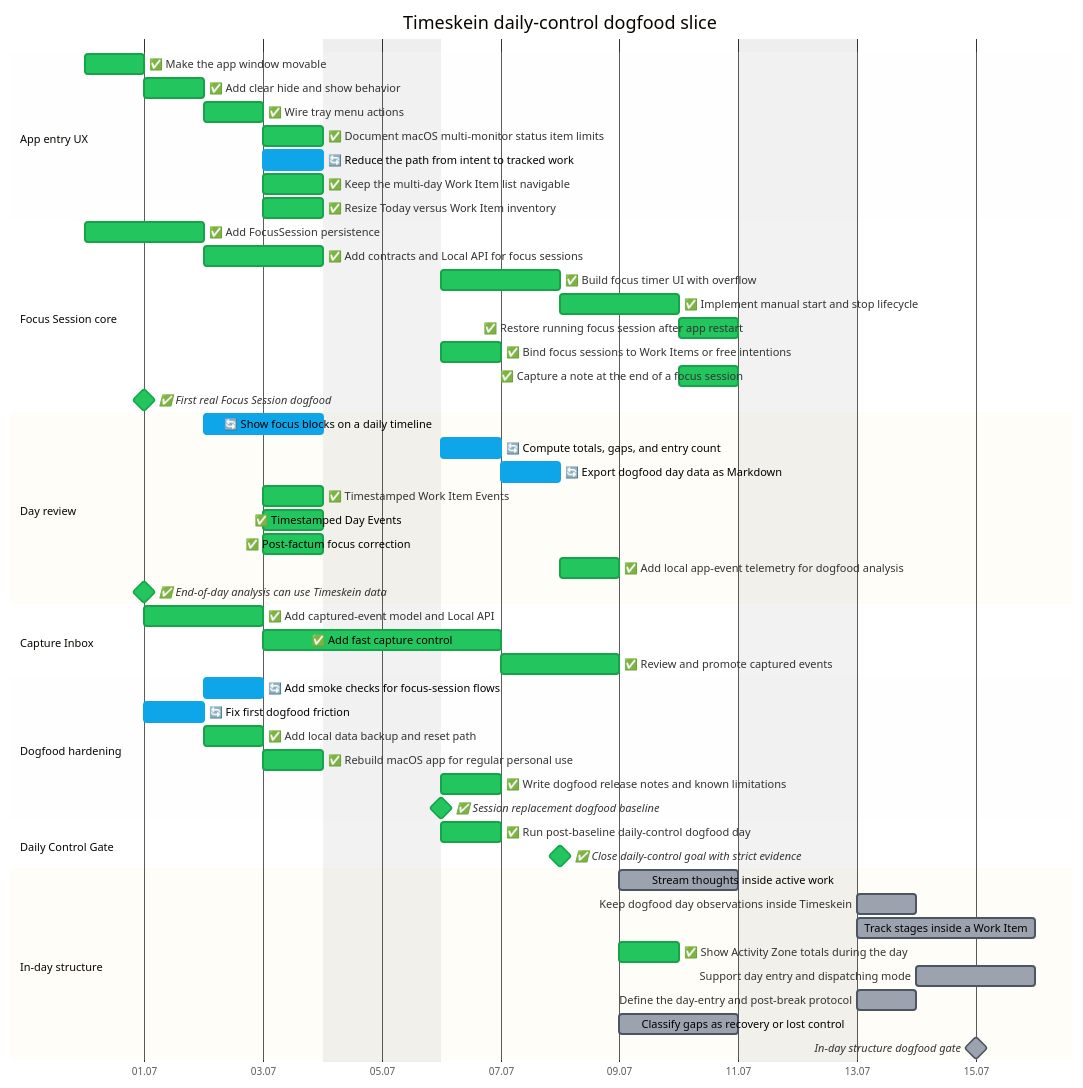
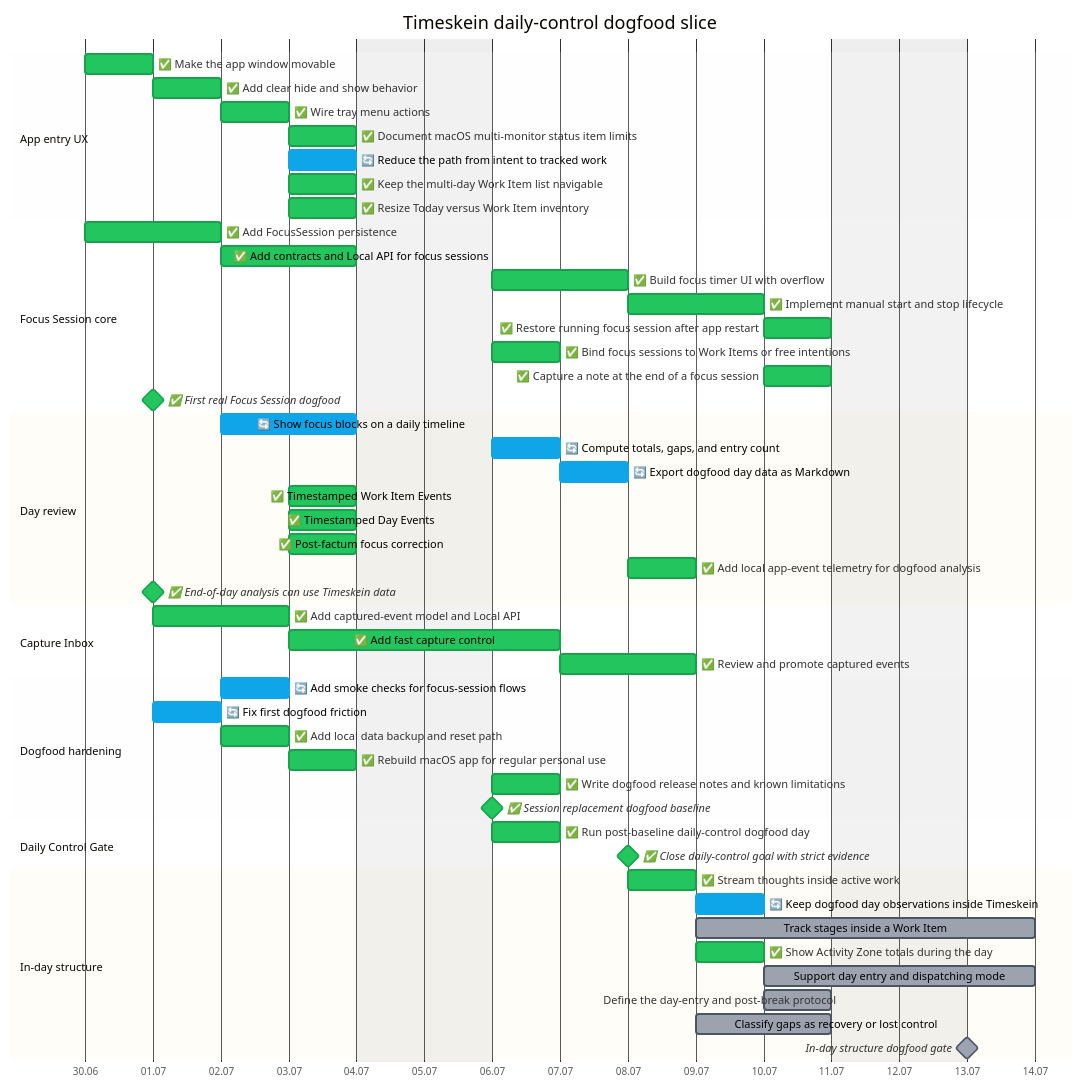
The second of 2 diagrams in docs/roadmap/opskarta.md (asukhodko/timeskein), drawn with Mermaid before and after one commit. The commit also changed other lines of this file and 12 other files, not shown here.

Commit message:
Add active focus journal

````diff
--- a/docs/roadmap/opskarta.md
+++ b/docs/roadmap/opskarta.md
@@ -112,59 +112,59 @@
 ```mermaid
 %%{init: {"theme": "base", "themeVariables": {"taskBkgColor": "#9ca3af", "taskBorderColor": "#4b5563", "taskTextColor": "#000000", "taskTextDarkColor": "#000000", "taskTextLightColor": "#000000", "activeTaskBkgColor": "#0ea5e9", "activeTaskBorderColor": "#0ea5e9", "doneTaskBkgColor": "#22c55e", "doneTaskBorderColor": "#16a34a", "critBkgColor": "#fecaca", "critBorderColor": "#fecaca", "todayLineColor": "#ef4444"}} }%%
 
 gantt
     title Timeskein daily-control dogfood slice
     dateFormat YYYY-MM-DD
     axisFormat %d.%m
     excludes weekends
 
     section App entry UX
     ✅ Make the app window movable  :done, ts_ux_entry_window_drag,    2026-06-30, 1d
     ✅ Add clear hide and show behavior  :done, ts_ux_entry_hide_toggle,    2026-07-01, 1d
     ✅ Wire tray menu actions  :done, ts_ux_entry_tray_actions,    2026-07-02, 1d
     ✅ Document macOS multi-monitor status item limits  :done, ts_ux_entry_monitor_policy,    2026-07-03, 1d
     🔄 Reduce the path from intent to tracked work  :active, ts_ux_entry_fast_track_flow,    2026-07-03, 1d
     ✅ Keep the multi-day Work Item list navigable  :done, ts_ux_entry_inventory_modes,    2026-07-03, 1d
     ✅ Resize Today versus Work Item inventory  :done, ts_ux_entry_resizable_today_split,    2026-07-03, 1d
     section Focus Session core
     ✅ Add FocusSession persistence  :done, ts_focus_core_model_migrations,    2026-06-30, 2d
     ✅ Add contracts and Local API for focus sessions  :done, ts_focus_core_contracts_api,    2026-07-02, 2d
     ✅ Build focus timer UI with overflow  :done, ts_focus_core_timer_ui,    2026-07-06, 2d
     ✅ Implement manual start and stop lifecycle  :done, ts_focus_core_session_lifecycle,    2026-07-08, 2d
     ✅ Restore running focus session after app restart  :done, ts_focus_core_restart_restore,    2026-07-10, 1d
     ✅ Bind focus sessions to Work Items or free intentions  :done, ts_focus_core_work_item_binding,    2026-07-06, 1d
     ✅ Capture a note at the end of a focus session  :done, ts_focus_core_session_notes,    2026-07-10, 1d
     ✅ First real Focus Session dogfood  :milestone, done, ts_focus_core_dogfood_gate,    2026-07-01, 0d
     section Day review
     🔄 Show focus blocks on a daily timeline  :active, ts_day_review_timeline,    2026-07-02, 2d
     🔄 Compute totals, gaps, and entry count  :active, ts_day_review_totals_gaps,    2026-07-06, 1d
     🔄 Export dogfood day data as Markdown  :active, ts_day_review_export,    2026-07-07, 1d
     ✅ Timestamped Work Item Events  :done, ts_day_review_work_item_events,    2026-07-03, 1d
     ✅ Timestamped Day Events  :done, ts_day_review_day_events,    2026-07-03, 1d
     ✅ Post-factum focus correction  :done, ts_day_review_corrections,    2026-07-03, 1d
     ✅ Add local app-event telemetry for dogfood analysis  :done, ts_day_review_app_telemetry,    2026-07-08, 1d
     ✅ End-of-day analysis can use Timeskein data  :milestone, done, ts_day_review_analysis_gate,    2026-07-01, 0d
     section Capture Inbox
     ✅ Add captured-event model and Local API  :done, ts_capture_model_api,    2026-07-01, 2d
     ✅ Add fast capture control  :done, ts_capture_quick_ui,    2026-07-03, 2d
     ✅ Review and promote captured events  :done, ts_capture_review_flow,    2026-07-07, 2d
     section Dogfood hardening
     🔄 Add smoke checks for focus-session flows  :active, ts_hardening_smoke,    2026-07-02, 1d
     🔄 Fix first dogfood friction  :active, ts_hardening_post_dogfood_friction,    2026-07-01, 1d
     ✅ Add local data backup and reset path  :done, ts_hardening_backup_reset,    2026-07-02, 1d
     ✅ Rebuild macOS app for regular personal use  :done, ts_hardening_package_app,    2026-07-03, 1d
     ✅ Write dogfood release notes and known limitations  :done, ts_hardening_release_notes,    2026-07-06, 1d
     ✅ Session replacement dogfood baseline  :milestone, done, ts_hardening_dogfood_release,    2026-07-06, 0d
     section Daily Control Gate
     ✅ Run post-baseline daily-control dogfood day  :done, ts_daily_control_real_day,    2026-07-06, 1d
     ✅ Close daily-control goal with strict evidence  :milestone, done, ts_daily_control_goal_check,    2026-07-08, 0d
     section In-day structure
-    Stream thoughts inside active work  :ts_in_day_structure_active_work_journal,    2026-07-09, 2d
-    Keep dogfood day observations inside Timeskein  :ts_in_day_structure_day_observation_log,    2026-07-13, 1d
-    Track stages inside a Work Item  :ts_in_day_structure_work_item_stages,    2026-07-13, 3d
+    ✅ Stream thoughts inside active work  :done, ts_in_day_structure_active_work_journal,    2026-07-08, 1d
+    🔄 Keep dogfood day observations inside Timeskein  :active, ts_in_day_structure_day_observation_log,    2026-07-09, 1d
+    Track stages inside a Work Item  :ts_in_day_structure_work_item_stages,    2026-07-09, 3d
     ✅ Show Activity Zone totals during the day  :done, ts_in_day_structure_zone_dashboard,    2026-07-09, 1d
-    Support day entry and dispatching mode  :ts_in_day_structure_dispatch_mode,    2026-07-14, 2d
-    Define the day-entry and post-break protocol  :ts_in_day_structure_entry_protocol,    2026-07-13, 1d
+    Support day entry and dispatching mode  :ts_in_day_structure_dispatch_mode,    2026-07-10, 2d
+    Define the day-entry and post-break protocol  :ts_in_day_structure_entry_protocol,    2026-07-10, 1d
     Classify gaps as recovery or lost control  :ts_in_day_structure_gap_recovery_classification,    2026-07-09, 2d
-    In-day structure dogfood gate  :milestone, ts_in_day_structure_dogfood_gate,    2026-07-15, 0d
+    In-day structure dogfood gate  :milestone, ts_in_day_structure_dogfood_gate,    2026-07-13, 0d
 ```
````
